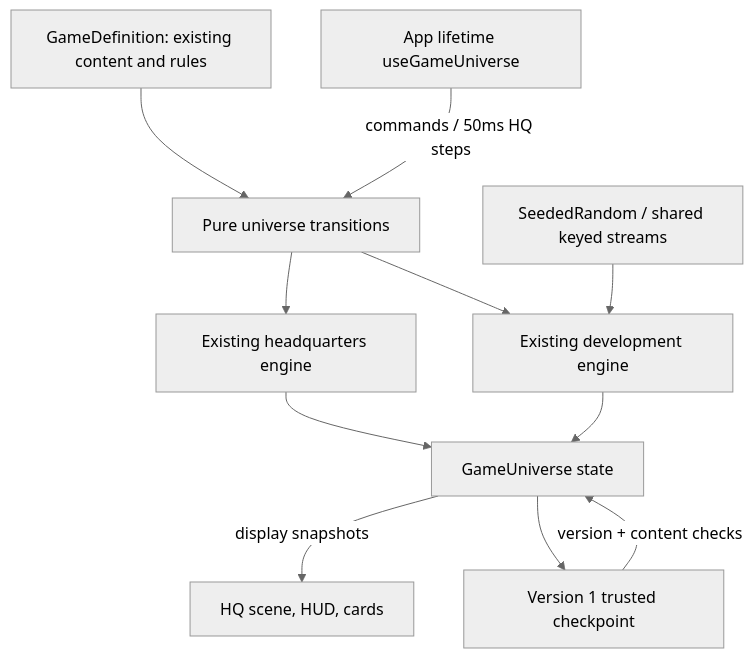
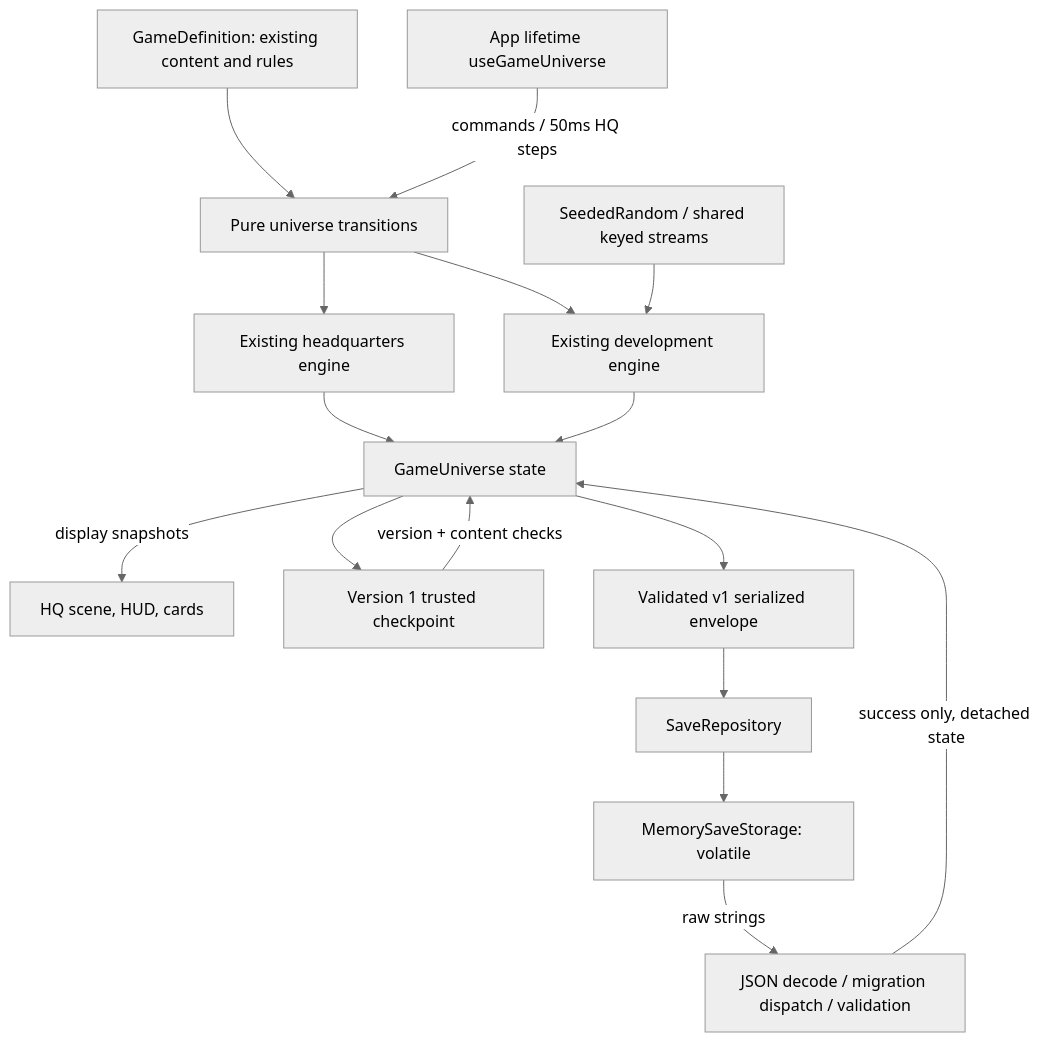
Before and after one commit to BoosterGold85/FormulaTycoon: the diagram in docs/SYSTEM_MAP.md, drawn with Mermaid (neutral theme). The commit also changed other lines of this file and 14 other files, not shown here.

Commit message:
Harden save boundaries and document facility and fictional brand architecture

````diff
--- a/docs/SYSTEM_MAP.md
+++ b/docs/SYSTEM_MAP.md
@@ -5,13 +5,18 @@
 ```mermaid
 flowchart TD
     Definition[GameDefinition: existing content and rules] --> Universe[Pure universe transitions]
     Universe --> HQ[Existing headquarters engine]
     Universe --> Dev[Existing development engine]
     HQ --> State[GameUniverse state]
     Dev --> State
     App[App lifetime useGameUniverse] -->|commands / 50ms HQ steps| Universe
     State -->|display snapshots| UI[HQ scene, HUD, cards]
     State --> Checkpoint[Version 1 trusted checkpoint]
     Checkpoint -->|version + content checks| State
+    State --> Envelope[Validated v1 serialized envelope]
+    Envelope --> Repo[SaveRepository]
+    Repo --> Memory[MemorySaveStorage: volatile]
+    Memory -->|raw strings| Decode[JSON decode / migration dispatch / validation]
+    Decode -->|success only, detached state| State
     RNG[SeededRandom / shared keyed streams] --> Dev
 ```
````
